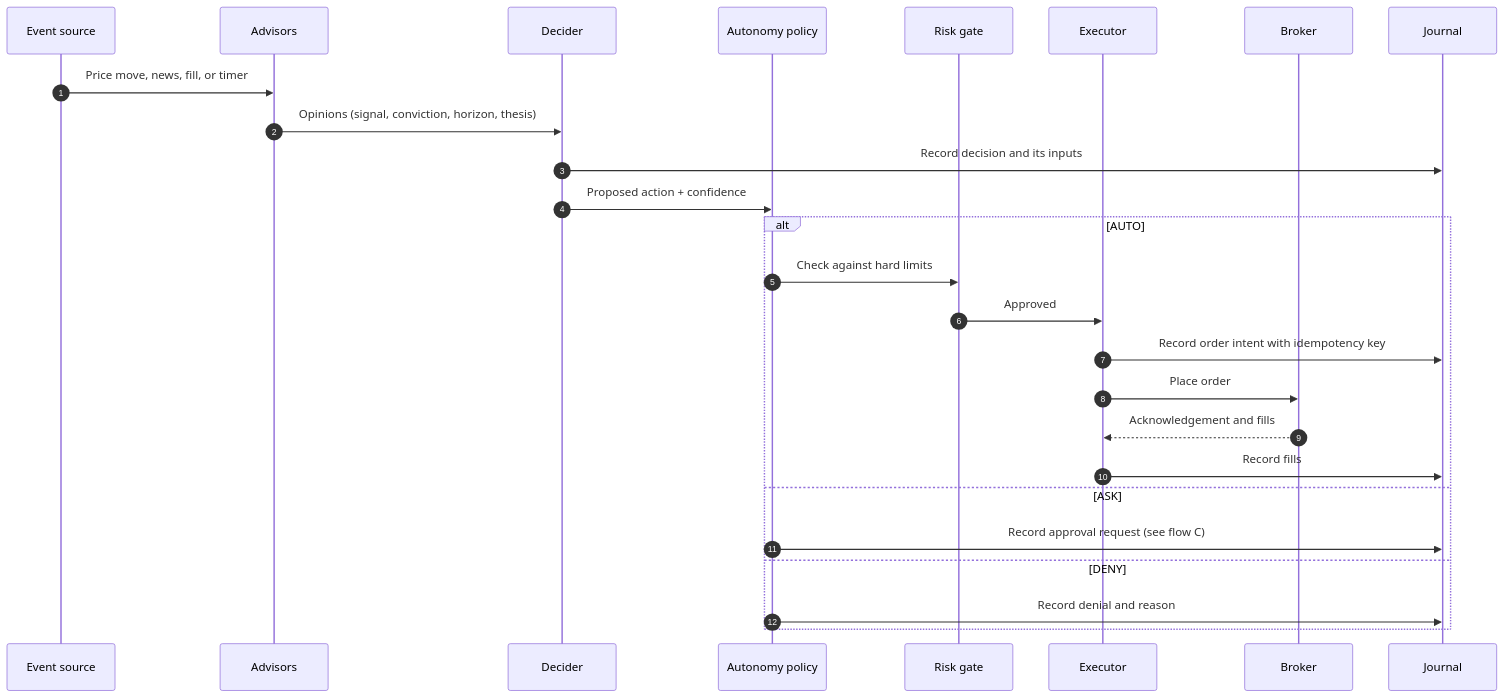
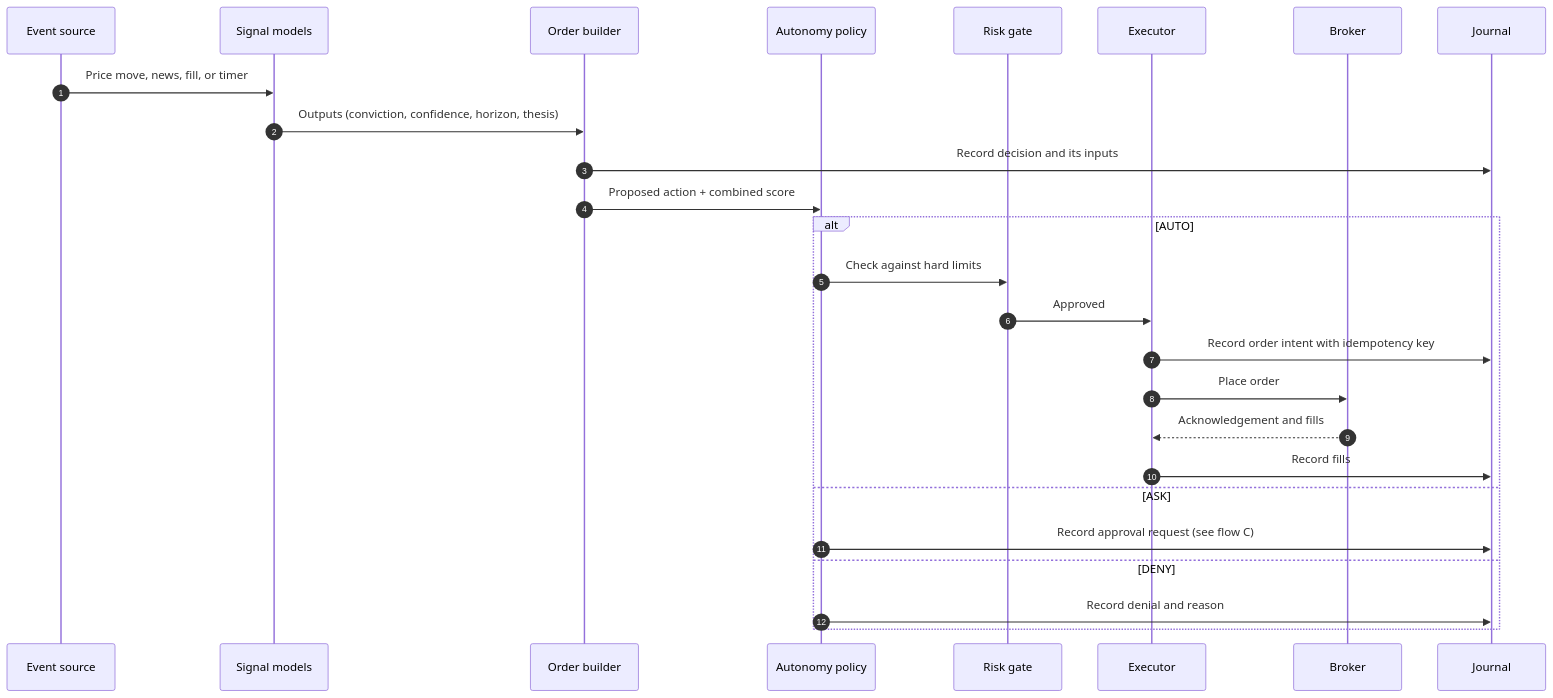
The eighth of 10 diagrams in docs/HLD.md (kunwarshivam/mandate), drawn with Mermaid before and after one commit. The commit also changed other lines of this file and 18 other files, not shown here.

````diff
--- a/docs/HLD.md
+++ b/docs/HLD.md
@@ -437,29 +446,29 @@
 ```mermaid
 sequenceDiagram
     autonumber
     participant S as Event source
-    participant A as Advisors
-    participant D as Decider
+    participant A as Signal models
+    participant D as Order builder
     participant P as Autonomy policy
     participant R as Risk gate
     participant E as Executor
     participant B as Broker
     participant J as Journal
 
     S->>A: Price move, news, fill, or timer
-    A->>D: Opinions (signal, conviction, horizon, thesis)
+    A->>D: Outputs (conviction, confidence, horizon, thesis)
     D->>J: Record decision and its inputs
-    D->>P: Proposed action + confidence
+    D->>P: Proposed action + combined score
     alt AUTO
         P->>R: Check against hard limits
         R->>E: Approved
         E->>J: Record order intent with idempotency key
         E->>B: Place order
         B-->>E: Acknowledgement and fills
         E->>J: Record fills
     else ASK
         P->>J: Record approval request (see flow C)
     else DENY
         P->>J: Record denial and reason
     end
 ```
````
